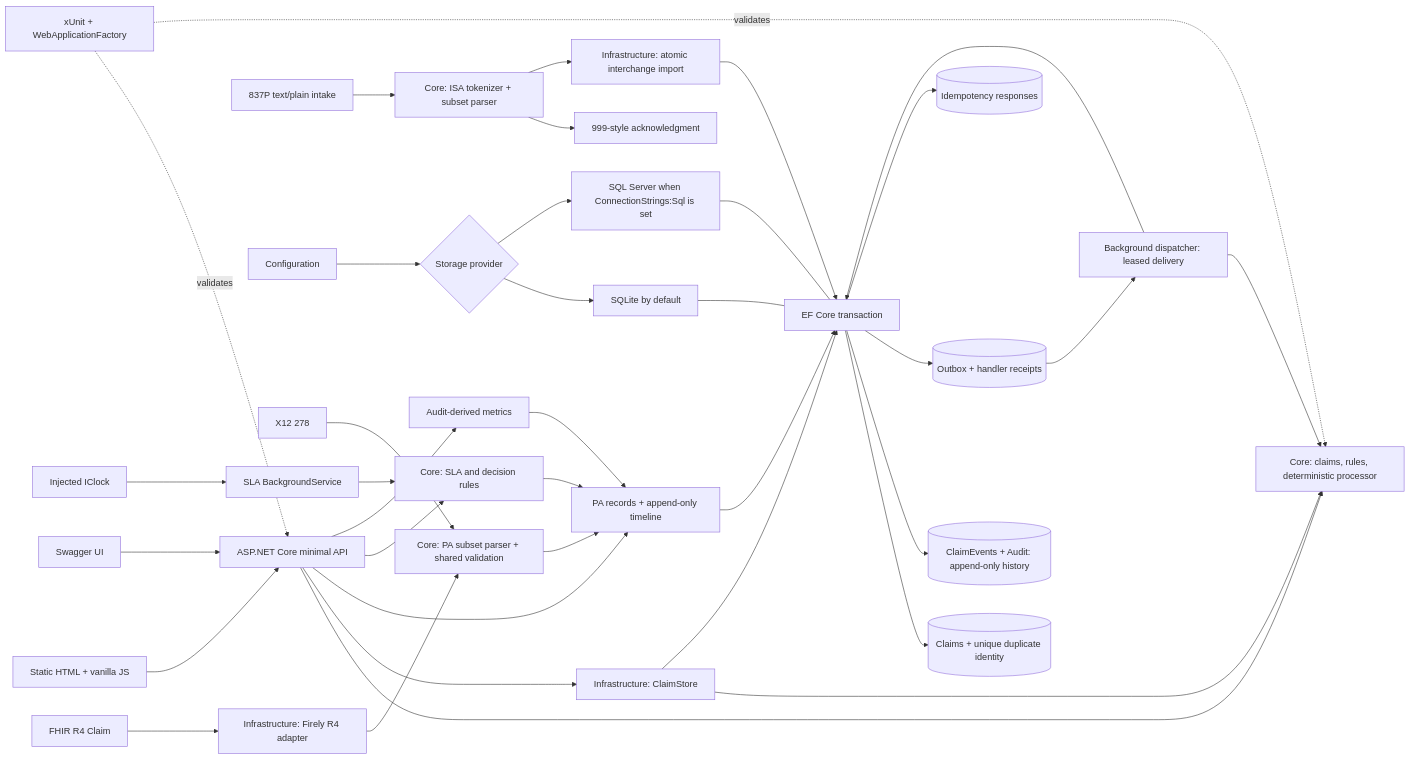
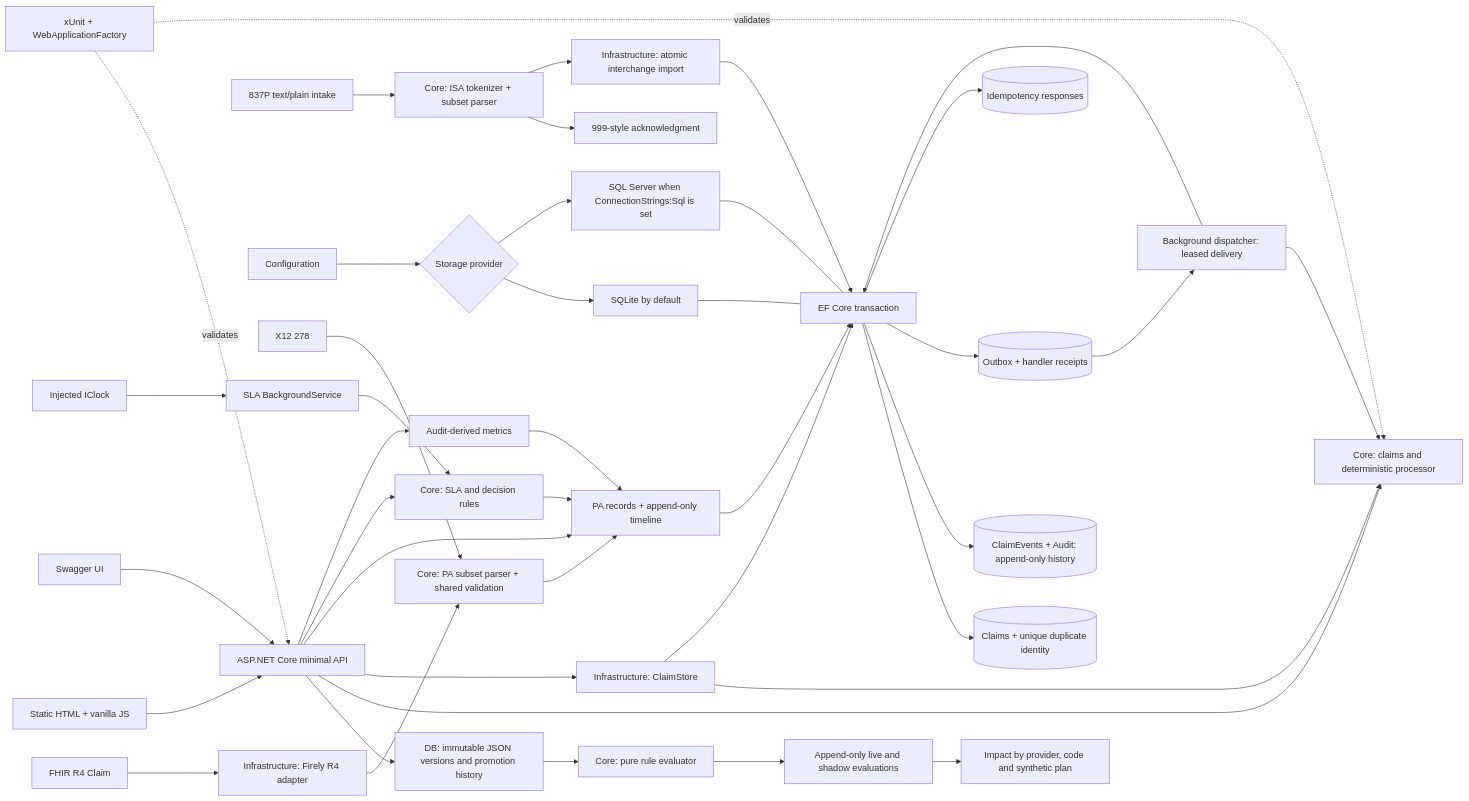
One commit to Abhyudaya01/medibridge changed the diagram in README.md. Above: the diagram before and after it, drawn with Mermaid. The commit also changed other lines of this file and 37 other files, not shown here.

Commit message:
Add versioned validation rules and shadow impact (#6)

````diff
--- a/README.md
+++ b/README.md
@@ -63,39 +71,43 @@
 ```mermaid
 flowchart LR
     Browser[Static HTML + vanilla JS] --> API[ASP.NET Core minimal API]
     Swagger[Swagger UI] --> API
     X12[837P text/plain intake] --> Parser[Core: ISA tokenizer + subset parser]
     Parser --> Ack[999-style acknowledgment]
     Parser --> Batch[Infrastructure: atomic interchange import]
     Batch --> EF
-    API --> Core[Core: claims, rules, deterministic processor]
+    API --> Registry[DB: immutable JSON versions and promotion history]
+    Registry --> Evaluator[Core: pure rule evaluator]
+    Evaluator --> Paired[Append-only live and shadow evaluations]
+    Paired --> Impact[Impact by provider, code and synthetic plan]
+    API --> Core[Core: claims and deterministic processor]
     API --> Store[Infrastructure: ClaimStore]
     Store --> Core
     Store --> EF[EF Core transaction]
     EF --> Claims[(Claims + unique duplicate identity)]
     EF --> Events[(ClaimEvents + Audit: append-only history)]
     EF --> Outbox[(Outbox + handler receipts)]
     EF --> Keys[(Idempotency responses)]
     Outbox --> Worker[Background dispatcher: leased delivery]
     Worker --> Core
     Worker --> EF
     Config[Configuration] --> Provider{Storage provider}
     Provider --> SQLite[SQLite by default]
     Provider --> SQL[SQL Server when ConnectionStrings:Sql is set]
     SQLite --- EF
     SQL --- EF
     PA278[X12 278] --> PAMap[Core: PA subset parser + shared validation]
     FHIR[FHIR R4 Claim] --> Firely[Infrastructure: Firely R4 adapter]
     Firely --> PAMap
     PAMap --> PAStore[PA records + append-only timeline]
     API --> PAStore
     PAStore --> EF
     Clock[Injected IClock] --> SLA[SLA BackgroundService]
     SLA --> Decisions[Core: SLA and decision rules]
     API --> Decisions
     Decisions --> PAStore
     Reports[Audit-derived metrics] --> PAStore
     API --> Reports
     Tests[xUnit + WebApplicationFactory] -. validates .-> API
     Tests -. validates .-> Core
 ```
````
